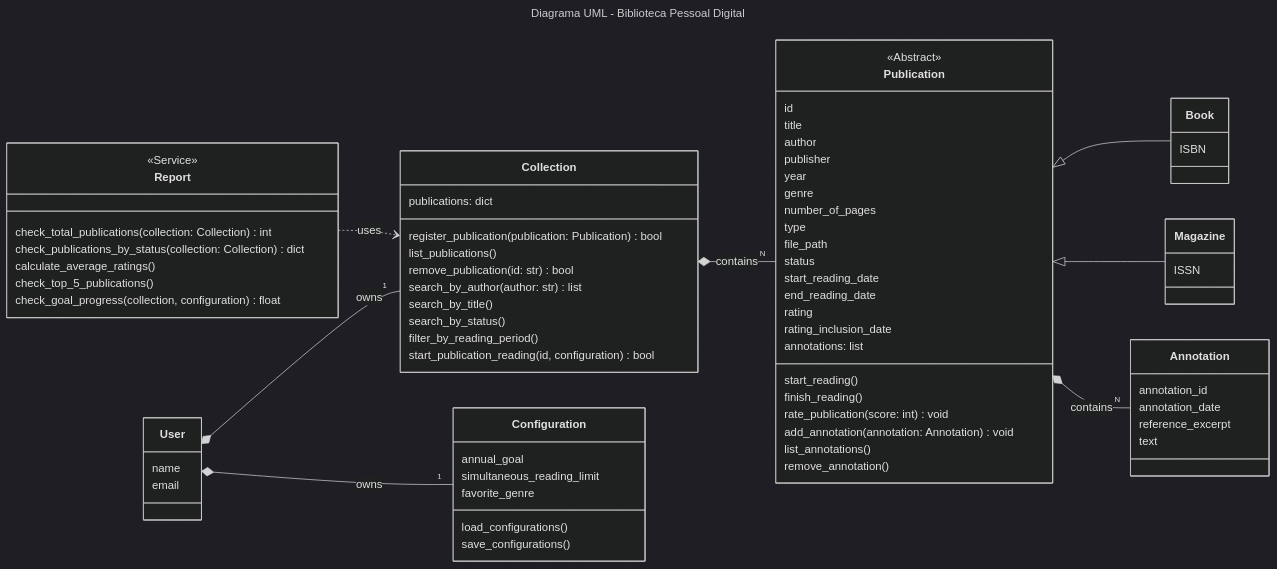
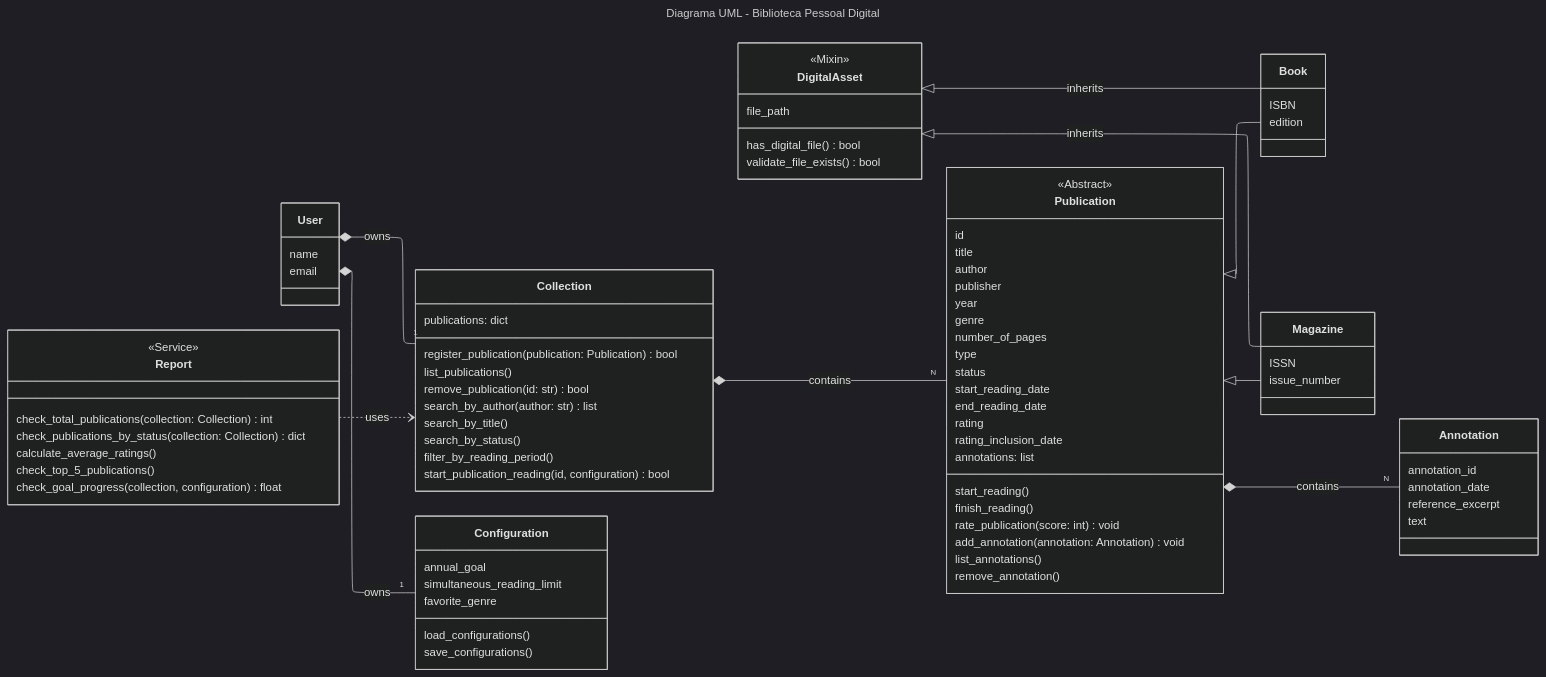
Before and after one commit to samsilveira/personal-library: the diagram in README.md, drawn with Mermaid (dark theme). The commit also changed other lines of this file and 1 other file, not shown here.

Commit message:
docs(README, UML): atualizar documentação para incluir herança de DigitalAsset nas classes Book e Magazine

````diff
--- a/README.md
+++ b/README.md
@@ -114,90 +121,102 @@
 ```mermaid
 ---
+config:
+  layout: elk
 title: Diagrama UML - Biblioteca Pessoal Digital
 ---
 classDiagram
-	direction LR
-	
-	`Collection` *-- "N" `Publication` : contains
-	`Publication` <|-- Book
-	`Publication` <|-- Magazine
-	`Publication` *-- "N" `Annotation` : contains
-	`User` *-- "1" `Collection` : owns
-	`User` *-- "1" `Configuration` : owns
-	`Report` ..> `Collection` : uses
+    direction LR
+    
+    `Collection` *-- "N" `Publication` : contains
+    `Publication` <|-- Book
+    `Publication` <|-- Magazine
+    
+    `DigitalAsset` <|-- Book : inherits
+    `DigitalAsset` <|-- Magazine : inherits
+    `Publication` *-- "N" `Annotation` : contains
+    `User` *-- "1" `Collection` : owns
+    `User` *-- "1" `Configuration` : owns
+    `Report` ..> `Collection` : uses
 
-	class `Collection`{
-		publications: dict
-		register_publication(publication: Publication) bool
-		list_publications()
-		remove_publication(id: str) bool
-		search_by_author(author: str) list
-		search_by_title()
-		search_by_status()
-		filter_by_reading_period()
-	    start_publication_reading(id, configuration) bool
-	}
-	
-	class `Publication` {
-		<<Abstract>>
-		id
-		title
-		author
-		publisher
-		year
-		genre
-		number_of_pages
-		type
-		file_path
-		status
-		start_reading_date
-		end_reading_date
-		rating
-		rating_inclusion_date
-	       annotations: list
-		start_reading()
-		finish_reading()
-		rate_publication(score: int) void
-		add_annotation(annotation: Annotation) void
-		list_annotations()
-		remove_annotation()
-	}
-	
-	class Book{
-		ISBN
-	}
-	
-	class Magazine{
-		ISSN
-	}
-	
-	class `Annotation`{
-		annotation_id
-		annotation_date
-		reference_excerpt
-		text
-	}
-	
-	class `Report` {
-		<<Service>>
-		check_total_publications(collection: Collection) int
-		check_publications_by_status(collection: Collection) dict
-		calculate_average_ratings()
-		check_top_5_publications()
-	       check_goal_progress(collection, configuration) float
-	}
-	
-	class `User` {
-		name
-		email
-	}
-	
-	class `Configuration` {
-		annual_goal
-		simultaneous_reading_limit
-		favorite_genre
-		load_configurations()
-		save_configurations()
-	}
+    class `Collection`{
+        publications: dict
+        register_publication(publication: Publication) bool
+        list_publications()
+        remove_publication(id: str) bool
+        search_by_author(author: str) list
+        search_by_title()
+        search_by_status()
+        filter_by_reading_period()
+        start_publication_reading(id, configuration) bool
+    }
+    
+    class `Publication` {
+        <<Abstract>>
+        id
+        title
+        author
+        publisher
+        year
+        genre
+        number_of_pages
+        type
+        status
+        start_reading_date
+        end_reading_date
+        rating
+        rating_inclusion_date
+        annotations: list
+        start_reading()
+        finish_reading()
+        rate_publication(score: int) void
+        add_annotation(annotation: Annotation) void
+        list_annotations()
+        remove_annotation()
+    }
+    
+    class Book{
+        ISBN
+        edition
+    }
+    
+    class Magazine{
+        ISSN
+        issue_number
+    }
 
+    class `DigitalAsset`{
+        <<Mixin>>
+        file_path
+        has_digital_file() bool
+        validate_file_exists() bool
+    }
+    
+    class `Annotation`{
+        annotation_id
+        annotation_date
+        reference_excerpt
+        text
+    }
+    
+    class `Report` {
+        <<Service>>
+        check_total_publications(collection: Collection) int
+        check_publications_by_status(collection: Collection) dict
+        calculate_average_ratings()
+        check_top_5_publications()
+        check_goal_progress(collection, configuration) float
+    }
+    
+    class `User` {
+        name
+        email
+    }
+    
+    class `Configuration` {
+        annual_goal
+        simultaneous_reading_limit
+        favorite_genre
+        load_configurations()
+        save_configurations()
+    }
 ```
````
